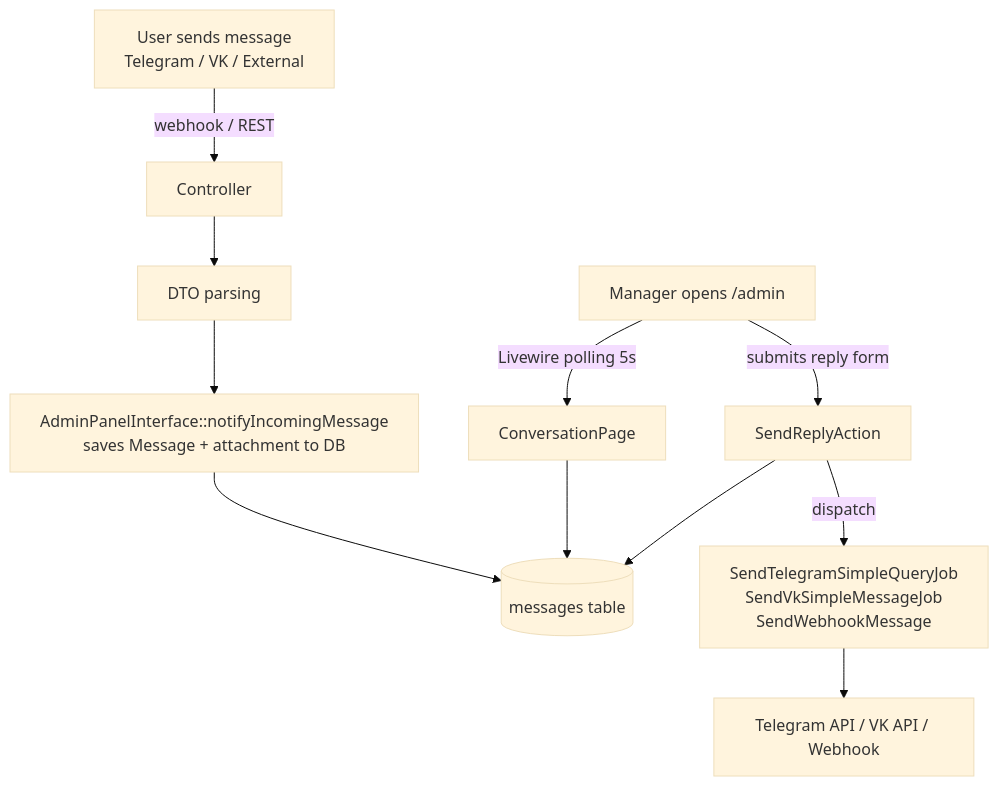
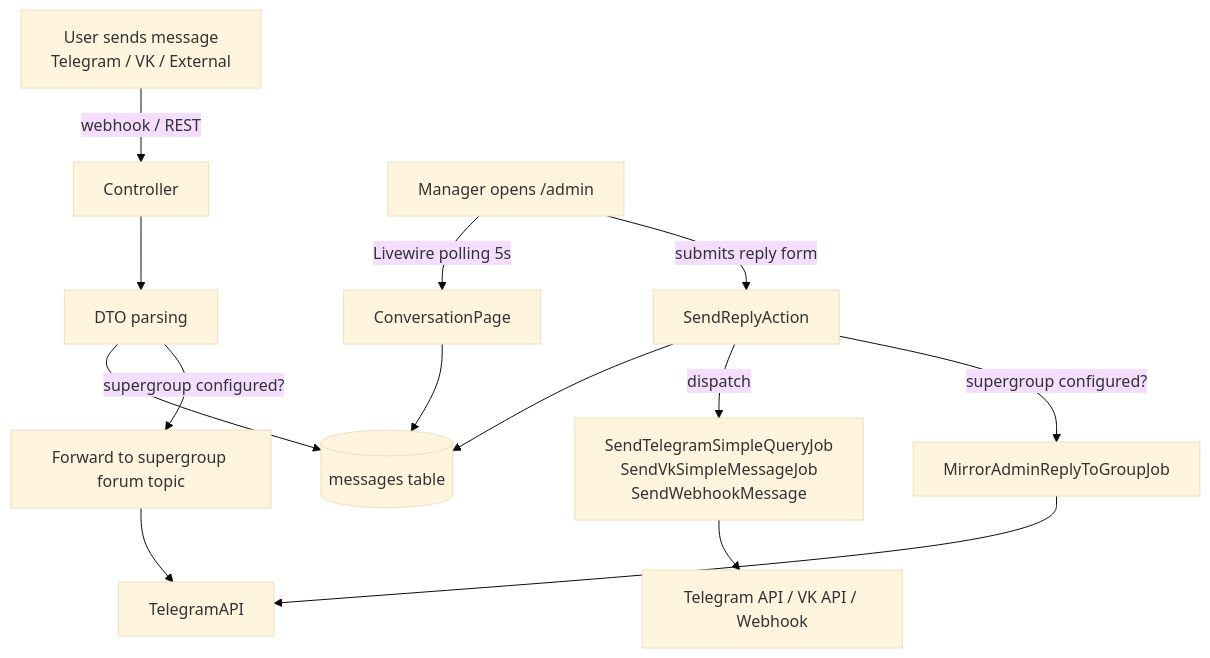
The diagram in rules/domain/admin-panel.md (ukarshiev/tg-support-bot), drawn with Mermaid (base theme) before and after one commit. The commit also changed other lines of this file and 4 other files, not shown here.

````diff
--- a/rules/domain/admin-panel.md
+++ b/rules/domain/admin-panel.md
@@ -171,15 +188,18 @@
 ```mermaid
 flowchart TD
     UserMsg[User sends message\nTelegram / VK / External] -->|webhook / REST| Controller
     Controller --> DTO[DTO parsing]
-    DTO --> AdminPanelInterface[AdminPanelInterface::notifyIncomingMessage\nsaves Message + attachment to DB]
-    AdminPanelInterface --> DB[(messages table)]
+    DTO --> DB[(messages table)]
+    DTO -->|supergroup configured?| TopicFwd[Forward to supergroup forum topic]
+    TopicFwd --> TelegramAPI
 
     Manager[Manager opens /admin] -->|Livewire polling 5s| ConversationPage
     ConversationPage --> DB
 
     Manager -->|submits reply form| SendReplyAction
     SendReplyAction --> DB
     SendReplyAction -->|dispatch| QueueJob[SendTelegramSimpleQueryJob\nSendVkSimpleMessageJob\nSendWebhookMessage]
     QueueJob --> PlatformAPI[Telegram API / VK API / Webhook]
+    SendReplyAction -->|supergroup configured?| Mirror[MirrorAdminReplyToGroupJob]
+    Mirror --> TelegramAPI
 ```
````
